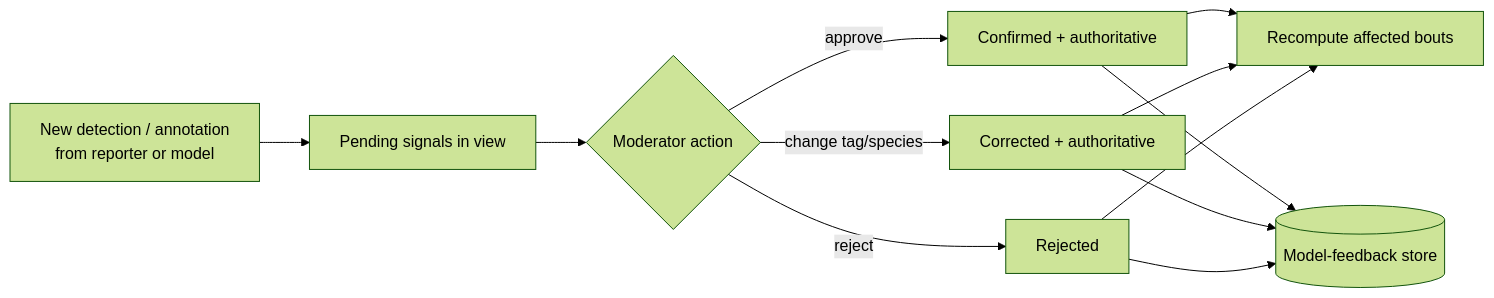
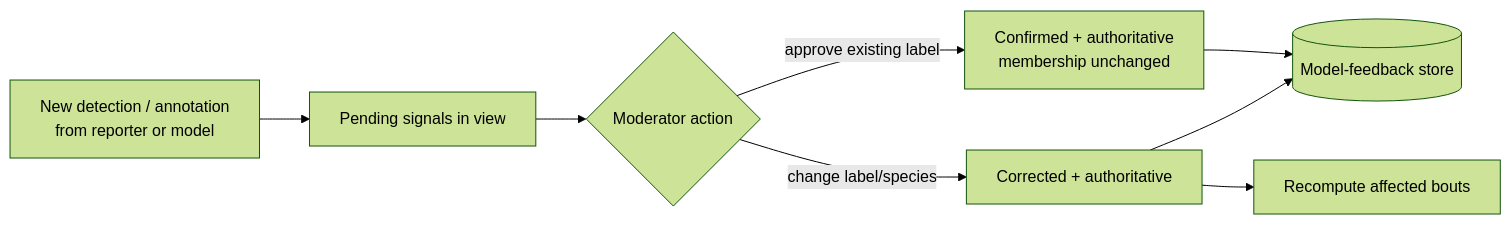
One commit to orcasound/orcahello changed the first of 2 diagrams in ModeratorFrontEnd/specification/signal-moderation-ux-proposal.md. Above: the diagram before and after it, drawn with Mermaid (forest theme). The commit also changed other lines of this file and 13 other files, not shown here.

````diff
--- a/ModeratorFrontEnd/specification/signal-moderation-ux-proposal.md
+++ b/ModeratorFrontEnd/specification/signal-moderation-ux-proposal.md
@@ -472,14 +446,10 @@
 ```mermaid
 flowchart LR
   I[New detection / annotation<br/>from reporter or model] --> Q[Pending signals in view]
   Q --> R{Moderator action}
-  R -- approve --> C[Confirmed + authoritative]
-  R -- change tag/species --> K[Corrected + authoritative]
-  R -- reject --> X[Rejected]
-  C --> B[Recompute affected bouts]
-  K --> B
-  X --> B
+  R -- approve existing label --> C[Confirmed + authoritative<br/>membership unchanged]
+  R -- change label/species --> K[Corrected + authoritative]
   C --> F[(Model-feedback store)]
+  K --> B[Recompute affected bouts]
   K --> F
-  X --> F
 ```
````
